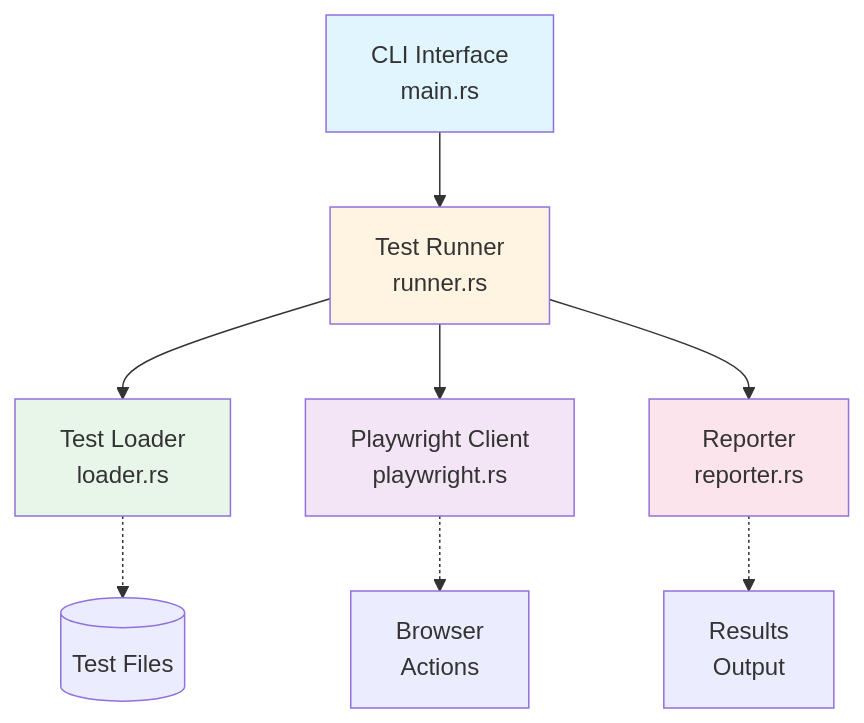
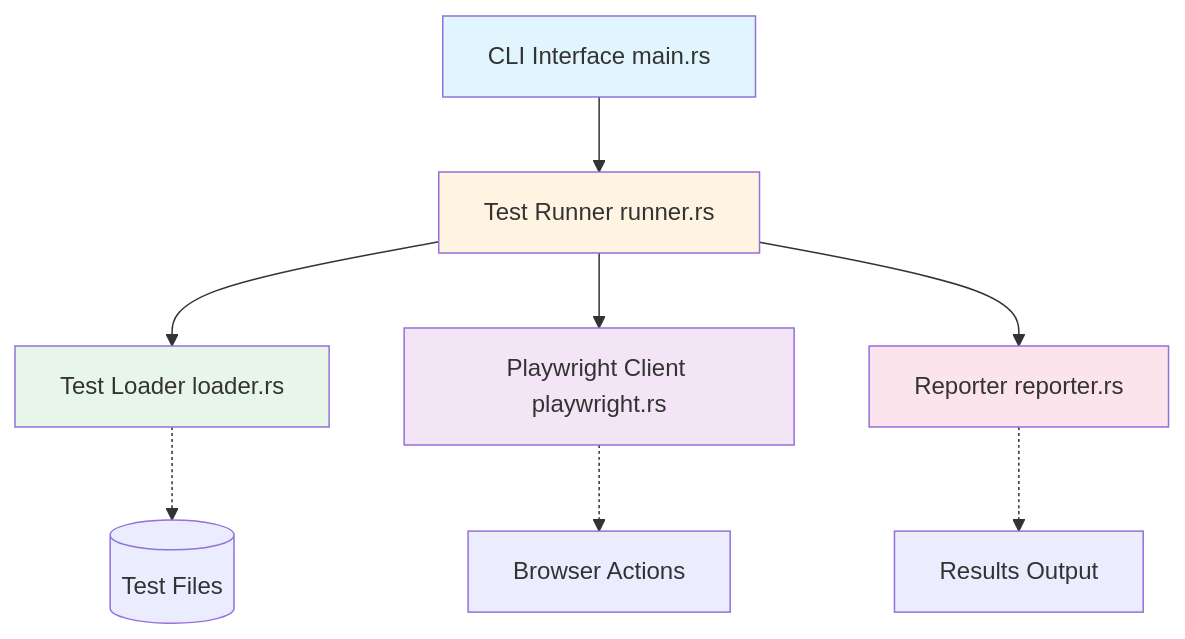
Before and after one commit to softwarewrighter/ui-test-rs: the diagram in wiki/Home.md, drawn with Mermaid. The commit also changed 10 other files, not shown here.

First line of the commit message:
Fix wiki Mermaid diagrams: remove <br/> tags

````diff
--- a/wiki/Home.md
+++ b/wiki/Home.md
@@ -55,23 +55,23 @@
 ```mermaid
 flowchart TB
-    CLI[CLI Interface<br/>main.rs]
-    Runner[Test Runner<br/>runner.rs]
-    Loader[Test Loader<br/>loader.rs]
-    PW[Playwright Client<br/>playwright.rs]
-    Reporter[Reporter<br/>reporter.rs]
+    CLI[CLI Interface main.rs]
+    Runner[Test Runner runner.rs]
+    Loader[Test Loader loader.rs]
+    PW[Playwright Client playwright.rs]
+    Reporter[Reporter reporter.rs]
 
     CLI --> Runner
     Runner --> Loader
     Runner --> PW
     Runner --> Reporter
 
     Loader -.-> TestFiles[(Test Files)]
-    PW -.-> Browser[Browser<br/>Actions]
-    Reporter -.-> Output[Results<br/>Output]
+    PW -.-> Browser[Browser Actions]
+    Reporter -.-> Output[Results Output]
 
     style CLI fill:#e1f5ff
     style Runner fill:#fff4e1
     style Loader fill:#e8f5e9
     style PW fill:#f3e5f5
     style Reporter fill:#fce4ec
 ```
````
